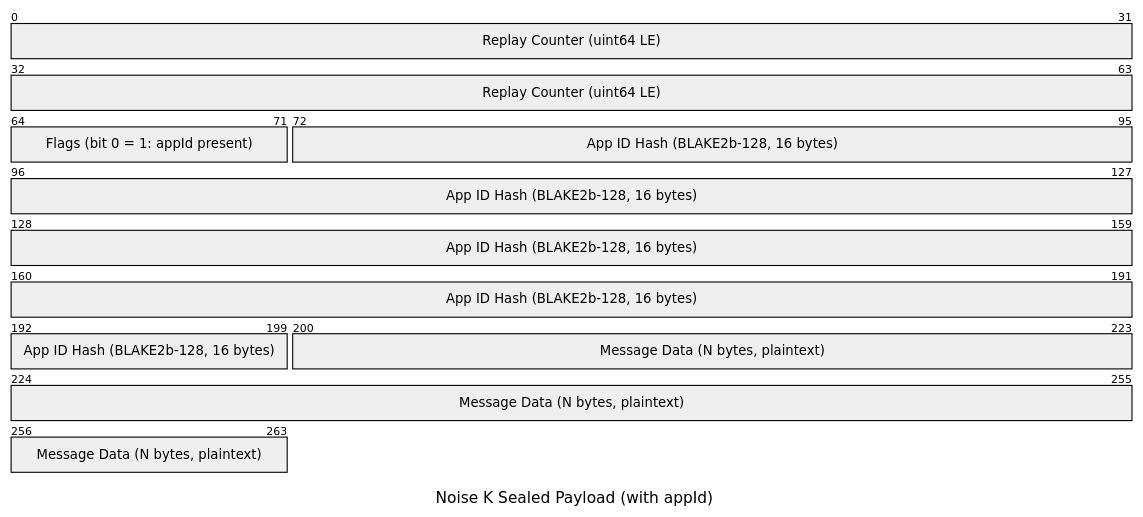
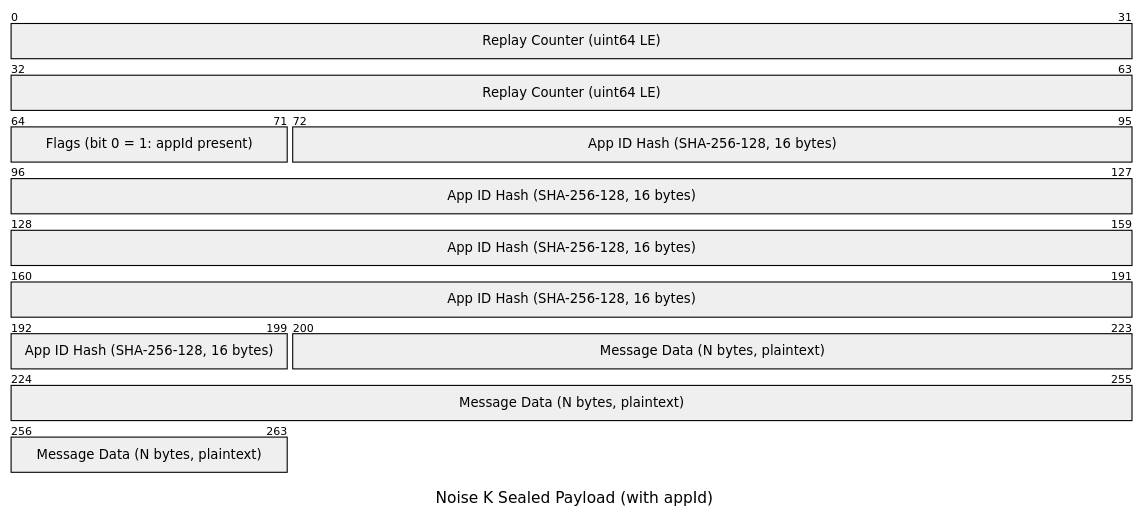
One commit to trancee/MeshLink changed the second of 16 diagrams in docs/diagrams.md. Above: the diagram before and after it, drawn with Mermaid. The commit also changed 4 other files, not shown here.

Commit message:
feat: update cryptographic hash functions to SHA-256-128 across documentation and implementation

````diff
--- a/docs/diagrams.md
+++ b/docs/diagrams.md
@@ -65,10 +65,10 @@
 ```mermaid
 ---
 title: "Noise K Sealed Payload (with appId)"
 ---
 packet
     0-63: "Replay Counter (uint64 LE)"
     64-71: "Flags (bit 0 = 1: appId present)"
-    72-199: "App ID Hash (BLAKE2b-128, 16 bytes)"
+    72-199: "App ID Hash (SHA-256-128, 16 bytes)"
     200-263: "Message Data (N bytes, plaintext)"
 ```
````
